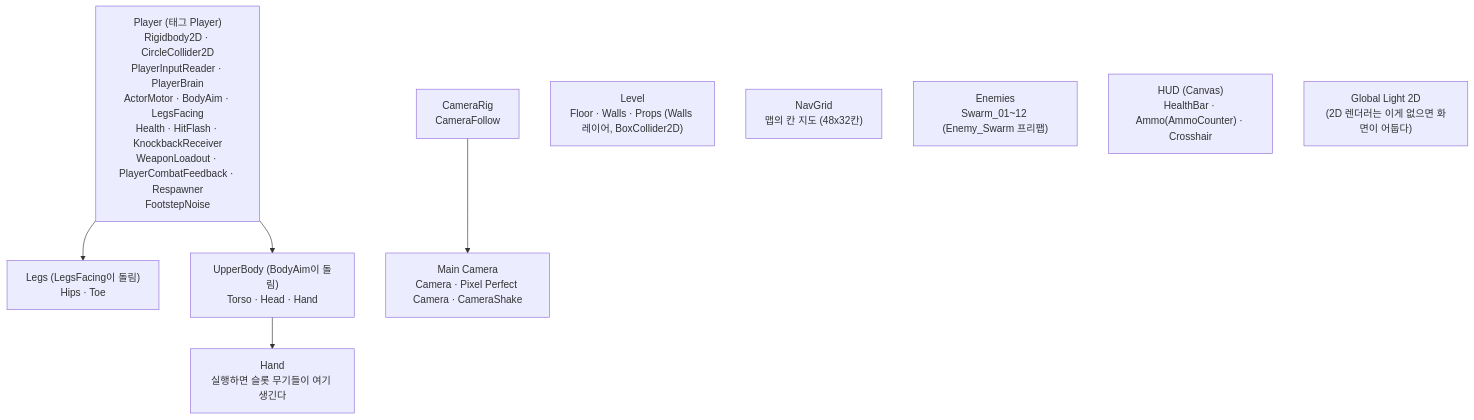
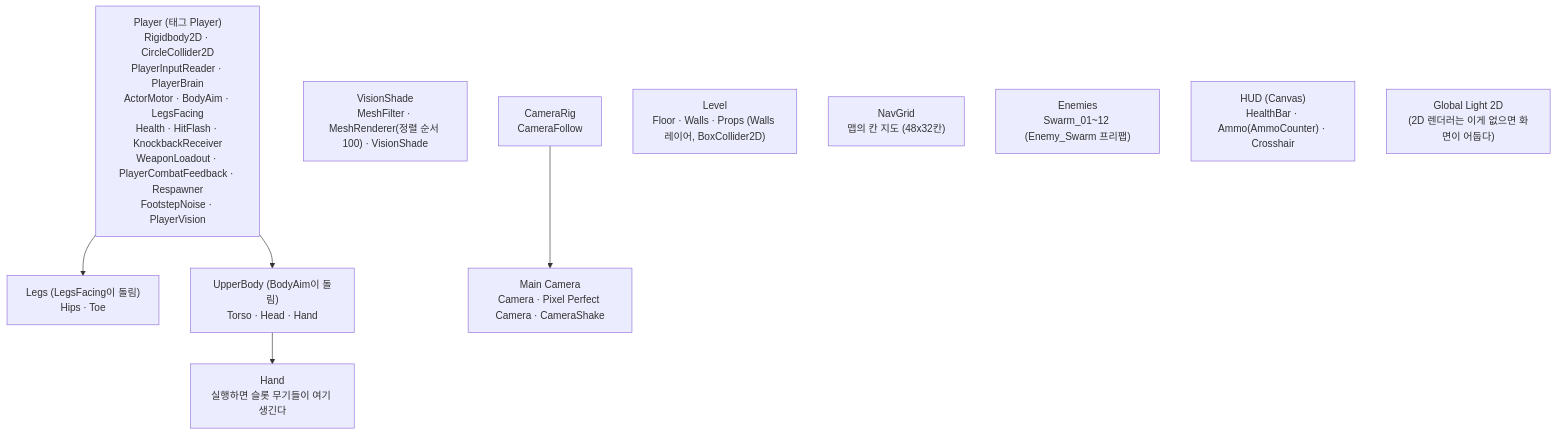
The fifth of 5 diagrams in docs/코드-구조.md (odyo0/project_dust_scrapper), drawn with Mermaid before and after one commit. The commit also changed other lines of this file and 19 other files, not shown here.

````diff
--- a/docs/코드-구조.md
+++ b/docs/코드-구조.md
@@ -303,13 +313,14 @@
 ```mermaid
 flowchart TD
-    Player["Player (태그 Player)<br/>Rigidbody2D · CircleCollider2D<br/>PlayerInputReader · PlayerBrain<br/>ActorMotor · BodyAim · LegsFacing<br/>Health · HitFlash · KnockbackReceiver<br/>WeaponLoadout · PlayerCombatFeedback · Respawner<br/>FootstepNoise"]
+    Player["Player (태그 Player)<br/>Rigidbody2D · CircleCollider2D<br/>PlayerInputReader · PlayerBrain<br/>ActorMotor · BodyAim · LegsFacing<br/>Health · HitFlash · KnockbackReceiver<br/>WeaponLoadout · PlayerCombatFeedback · Respawner<br/>FootstepNoise · PlayerVision"]
+    Shade["VisionShade<br/>MeshFilter · MeshRenderer(정렬 순서 100) · VisionShade"]
     Player --> Legs["Legs (LegsFacing이 돌림)<br/>Hips · Toe"]
     Player --> Upper["UpperBody (BodyAim이 돌림)<br/>Torso · Head · Hand"]
     Upper --> Hand["Hand<br/>실행하면 슬롯 무기들이 여기 생긴다"]
     Rig["CameraRig<br/>CameraFollow"] --> Cam["Main Camera<br/>Camera · Pixel Perfect Camera · CameraShake"]
     Level["Level<br/>Floor · Walls · Props (Walls 레이어, BoxCollider2D)"]
     Nav["NavGrid<br/>맵의 칸 지도 (48x32칸)"]
     Enemies["Enemies<br/>Swarm_01~12 (Enemy_Swarm 프리팹)"]
     HUD["HUD (Canvas)<br/>HealthBar · Ammo(AmmoCounter) · Crosshair"]
     Light["Global Light 2D<br/>(2D 렌더러는 이게 없으면 화면이 어둡다)"]
 ```
````
